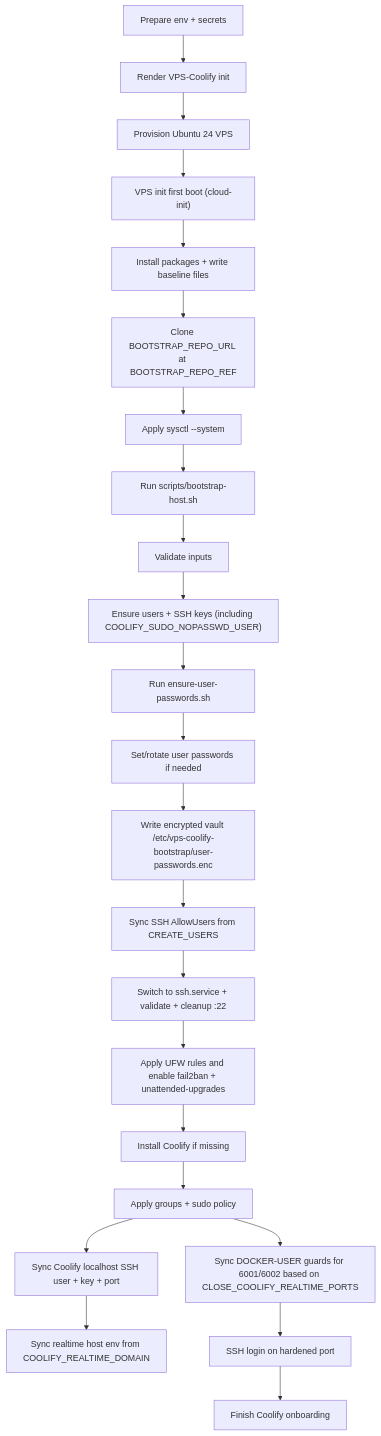
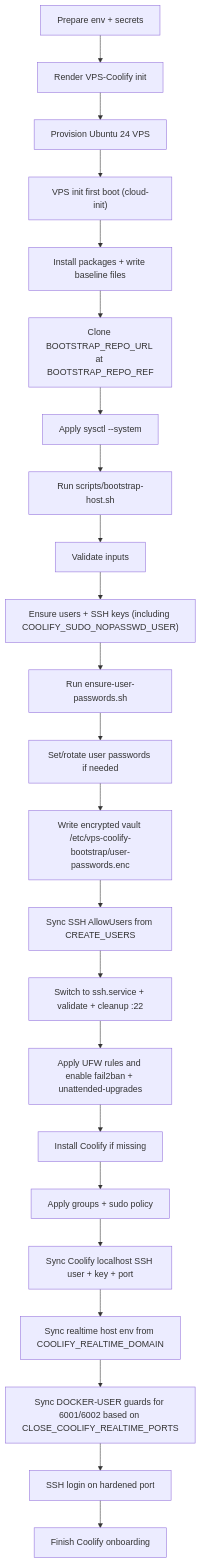
The diagram in docs/bootstrap-flow.md (rigu/vps-coolify-bootstrap), drawn with Mermaid before and after one commit. The commit also changed other lines of this file and 11 other files, not shown here.

````diff
--- a/docs/bootstrap-flow.md
+++ b/docs/bootstrap-flow.md
@@ -31,25 +31,25 @@
 ```mermaid
 flowchart TD
   A["Prepare env + secrets"] --> B["Render VPS-Coolify init"]
   B --> C["Provision Ubuntu 24 VPS"]
   C --> D["VPS init first boot (cloud-init)"]
   D --> E["Install packages + write baseline files"]
   E --> F["Clone BOOTSTRAP_REPO_URL at BOOTSTRAP_REPO_REF"]
   F --> G["Apply sysctl --system"]
   G --> H["Run scripts/bootstrap-host.sh"]
   H --> H1["Validate inputs"]
   H1 --> I["Ensure users + SSH keys (including COOLIFY_SUDO_NOPASSWD_USER)"]
   I --> J["Run ensure-user-passwords.sh"]
   J --> K["Set/rotate user passwords if needed"]
   K --> L["Write encrypted vault /etc/vps-coolify-bootstrap/user-passwords.enc"]
   L --> M["Sync SSH AllowUsers from CREATE_USERS"]
   M --> N["Switch to ssh.service + validate + cleanup :22"]
   N --> O["Apply UFW rules and enable fail2ban + unattended-upgrades"]
   O --> P["Install Coolify if missing"]
   P --> R["Apply groups + sudo policy"]
   R --> Q["Sync Coolify localhost SSH user + key + port"]
   Q --> Q1["Sync realtime host env from COOLIFY_REALTIME_DOMAIN"]
-  R --> S["Sync DOCKER-USER guards for 6001/6002 based on CLOSE_COOLIFY_REALTIME_PORTS"]
+  Q1 --> S["Sync DOCKER-USER guards for 6001/6002 based on CLOSE_COOLIFY_REALTIME_PORTS"]
   S --> T["SSH login on hardened port"]
   T --> U["Finish Coolify onboarding"]
 ```
````
